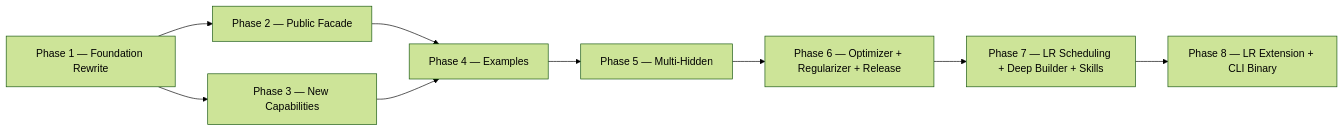
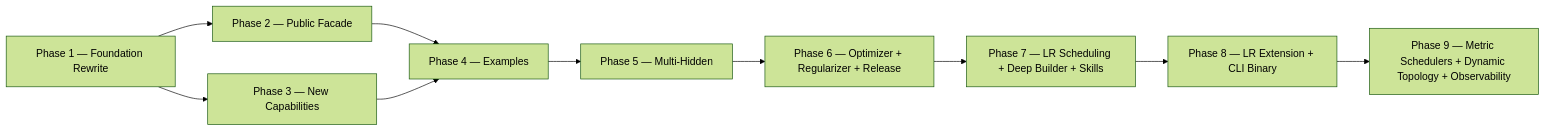
Before and after one commit to teratron/gonn: the diagram in .design/PLAN.md, drawn with Mermaid (forest theme). The commit also changed other lines of this file and 36 other files, not shown here.

````diff
--- a/.design/PLAN.md
+++ b/.design/PLAN.md
@@ -168,11 +177,12 @@
 ```mermaid
 graph LR
   A1[Phase 1 — Foundation Rewrite] --> B1[Phase 2 — Public Facade]
   A1 --> C1[Phase 3 — New Capabilities]
   B1 --> D1[Phase 4 — Examples]
   C1 --> D1
   D1 --> E1[Phase 5 — Multi-Hidden]
   E1 --> F1[Phase 6 — Optimizer + Regularizer + Release]
   F1 --> G1[Phase 7 — LR Scheduling + Deep Builder + Skills]
   G1 --> H1[Phase 8 — LR Extension + CLI Binary]
+  H1 --> I1[Phase 9 — Metric Schedulers + Dynamic Topology + Observability]
 ```
````
